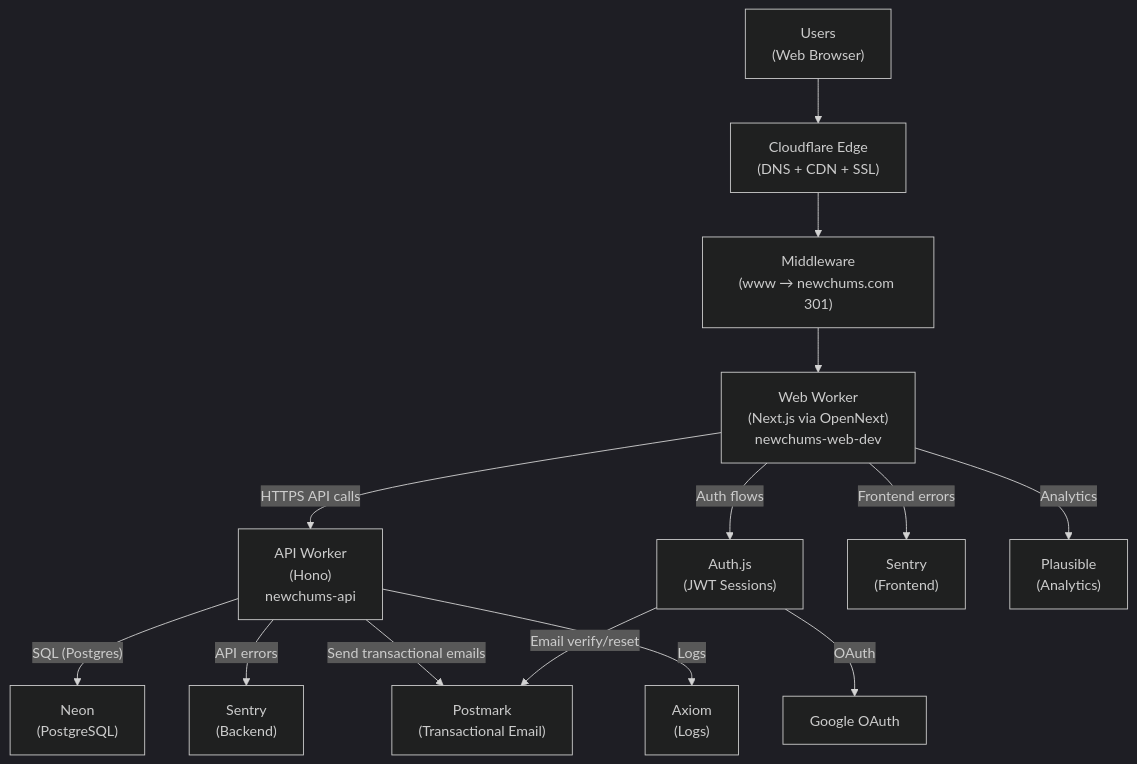
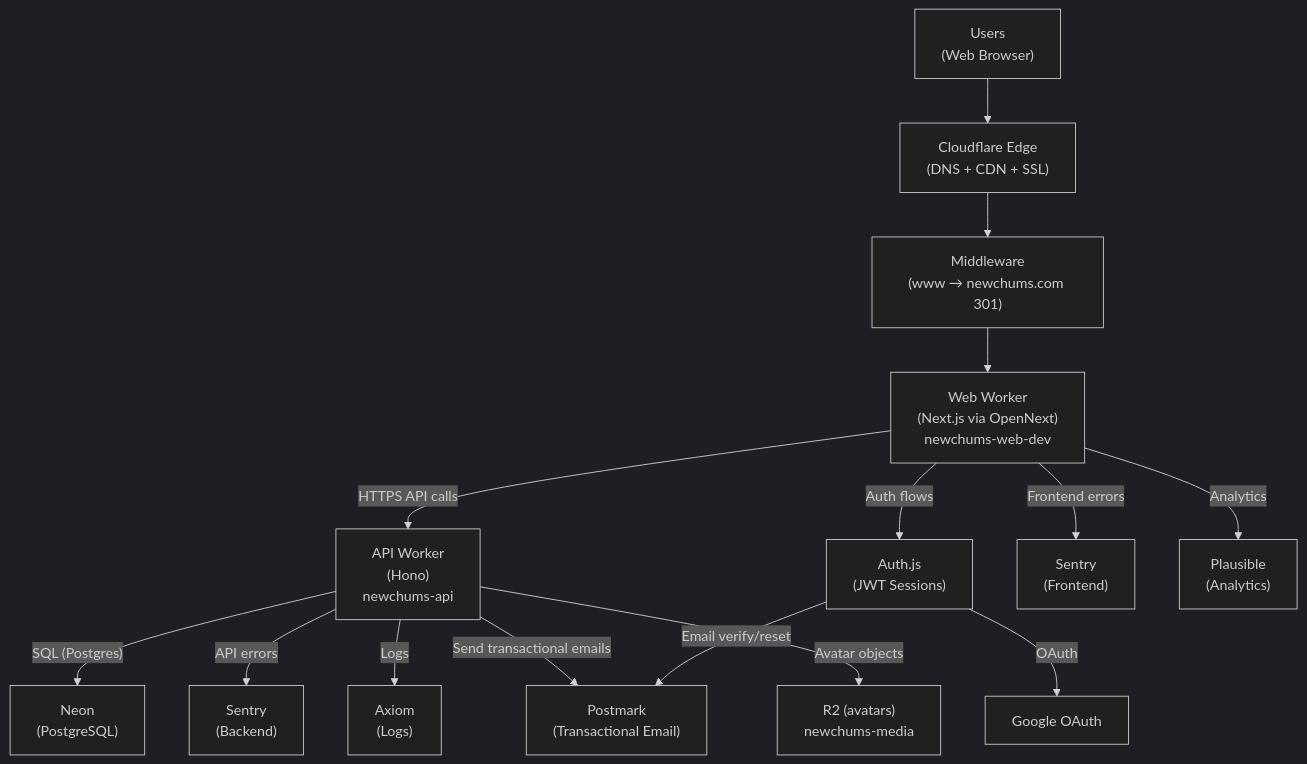
Before and after one commit to RSS705/newchums: the first of 4 diagrams in docs/System_Map.md, drawn with Mermaid (dark theme). The commit also changed other lines of this file and 3 other files, not shown here.

````diff
--- a/docs/System_Map.md
+++ b/docs/System_Map.md
@@ -19,20 +23,21 @@
 ```mermaid
 flowchart TB
   U["Users<br/>(Web Browser)"] --> CF["Cloudflare Edge<br/>(DNS + CDN + SSL)"]
   CF --> MW["Middleware<br/>(www → newchums.com 301)"]
   MW --> W["Web Worker<br/>(Next.js via OpenNext)<br/>newchums-web-dev"]
 
   W -->|"HTTPS API calls"| API["API Worker<br/>(Hono)<br/>newchums-api"]
-
   API -->|"SQL (Postgres)"| DB["Neon<br/>(PostgreSQL)"]
 
   W -->|"Auth flows"| AUTH["Auth.js<br/>(JWT Sessions)"]
   AUTH -->|"OAuth"| GOOGLE["Google OAuth"]
   AUTH -->|"Email verify/reset"| PM["Postmark<br/>(Transactional Email)"]
   API -->|"Send transactional emails"| PM
 
   W -->|"Frontend errors"| SENTRY_FE["Sentry<br/>(Frontend)"]
   API -->|"API errors"| SENTRY_BE["Sentry<br/>(Backend)"]
   API -->|"Logs"| AX["Axiom<br/>(Logs)"]
   W -->|"Analytics"| PLAUS["Plausible<br/>(Analytics)"]
+
+  API -->|"Avatar objects"| R2["R2 (avatars)<br/>newchums-media"]
 ```
````
